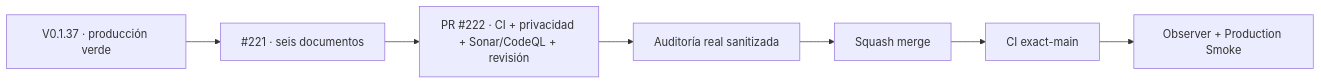
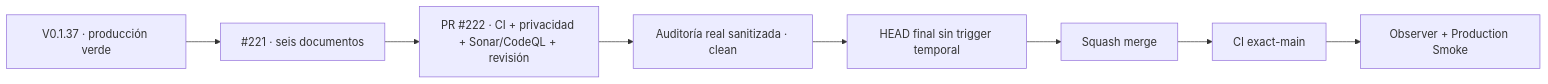
The diagram in README.md (pl0n3r/Condor), drawn with Mermaid before and after one commit. The commit also changed other lines of this file and 1 other file, not shown here.

Commit message:
ci(privacidad): cerrar evidencia real de auditoría

````diff
--- a/README.md
+++ b/README.md
@@ -56,9 +56,10 @@
 ```mermaid
 flowchart LR
   A["V0.1.37 · producción verde"] --> B["#221 · seis documentos"]
   B --> C["PR #222 · CI + privacidad + Sonar/CodeQL + revisión"]
-  C --> D["Auditoría real sanitizada"]
-  D --> E["Squash merge"]
-  E --> F["CI exact-main"]
+  C --> D["Auditoría real sanitizada · clean"]
+  D --> E["HEAD final sin trigger temporal"]
+  E --> M["Squash merge"]
+  M --> F["CI exact-main"]
   F --> G["Observer + Production Smoke"]
 ```
````
